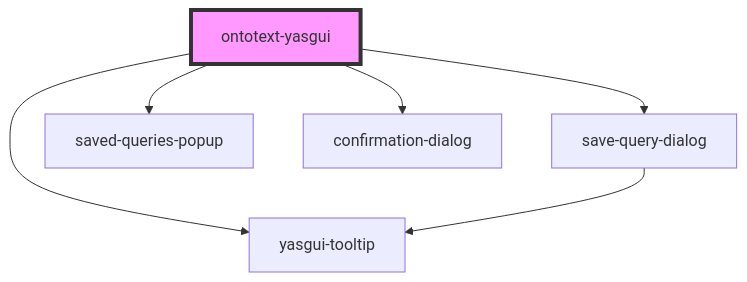
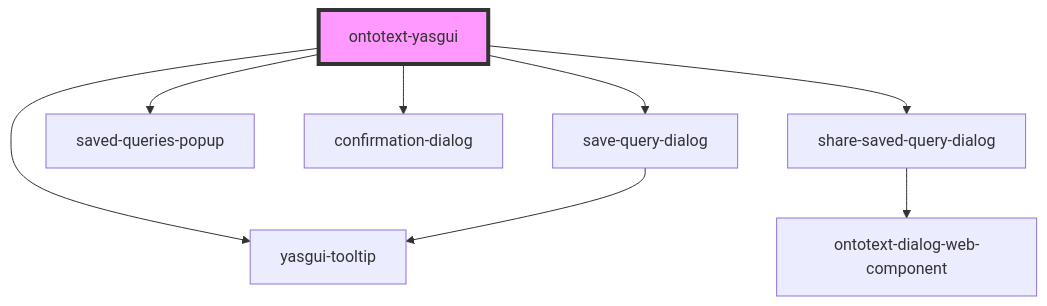
Before and after one commit to Ontotext-AD/ontotext-yasgui: the diagram in ontotext-yasgui-web-component/src/components/ontotext-yasgui-web-component/readme.md, drawn with Mermaid. The commit also changed other lines of this file and 19 other files, not shown here.

First line of the commit message:
GDB-7785 Introduce share saved query action

````diff
--- a/ontotext-yasgui-web-component/src/components/ontotext-yasgui-web-component/readme.md
+++ b/ontotext-yasgui-web-component/src/components/ontotext-yasgui-web-component/readme.md
@@ -74,9 +77,11 @@
 ```mermaid
 graph TD;
   ontotext-yasgui --> yasgui-tooltip
   ontotext-yasgui --> save-query-dialog
   ontotext-yasgui --> saved-queries-popup
   ontotext-yasgui --> confirmation-dialog
+  ontotext-yasgui --> share-saved-query-dialog
   save-query-dialog --> yasgui-tooltip
+  share-saved-query-dialog --> ontotext-dialog-web-component
   style ontotext-yasgui fill:#f9f,stroke:#333,stroke-width:4px
 ```
````
